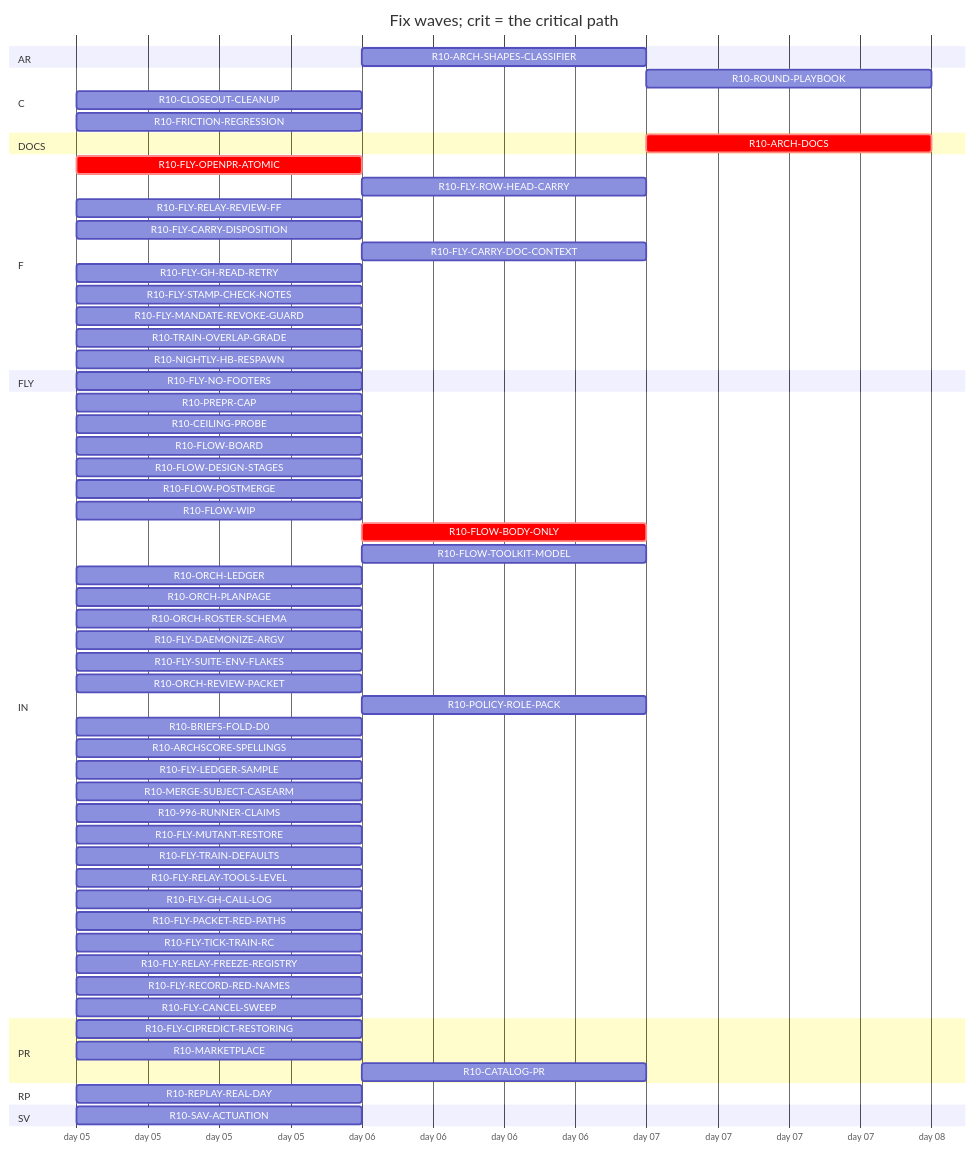
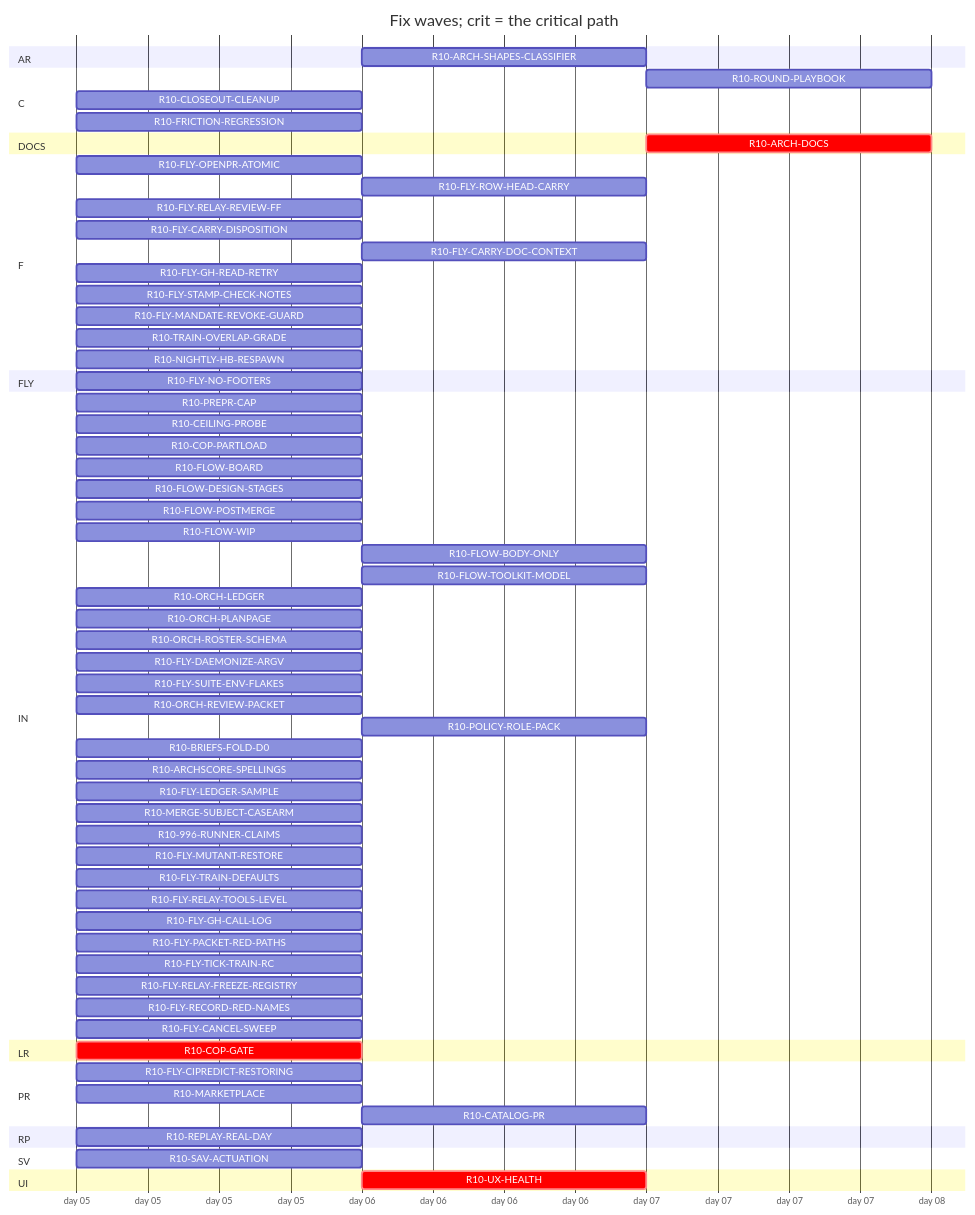
The diagram in handoff/round10/state/PLAN-TABLE.md (tvofi/heatpump_optimizer), drawn with Mermaid before and after one commit. The commit also changed other lines of this file and 3 other files, not shown here.

Commit message:
state: FLOW-BOARD.md, NEXT-SESSION-PROMPT.md, PLAN-TABLE.md, RESUME-CURRENT.md regenerated (state_docs.py)

````diff
--- a/handoff/round10/state/PLAN-TABLE.md
+++ b/handoff/round10/state/PLAN-TABLE.md
@@ -22,65 +24,70 @@
 ```mermaid
 gantt
   title Fix waves; crit = the critical path
   dateFormat YYYY-MM-DD
   axisFormat day %d
   section AR
     R10-ARCH-SHAPES-CLASSIFIER :r10ARCHSHAPESCLASSIFIER, after r10996RUNNERCLAIMS, 1d
   section C
     R10-ROUND-PLAYBOOK :r10ROUNDPLAYBOOK, after r10ORCHLEDGER r10ORCHPLANPAGE r10FLYRELAYREVIEWFF r10FLOWBODYONLY, 1d
     R10-CLOSEOUT-CLEANUP :r10CLOSEOUTCLEANUP, 2026-01-05, 1d
     R10-FRICTION-REGRESSION :r10FRICTIONREGRESSION, 2026-01-05, 1d
   section DOCS
-    R10-ARCH-DOCS :crit, r10ARCHDOCS, after r10CEILINGPROBE r10FLOWBOARD r10FLOWDESIGNSTAGES r10FLOWPOSTMERGE r10FLOWWIP r10FLOWBODYONLY r10FLYOPENPRATOMIC r10FLYROWHEADCARRY r10FLYRELAYREVIEWFF r10FLYCARRYDISPOSITION r10FLYCARRYDOCCONTEXT r10FLOWTOOLKITMODEL r10FLYSTAMPCHECKNOTES r10FLYMANDATEREVOKEGUARD r10TRAINOVERLAPGRADE r10NIGHTLYHBRESPAWN r10ORCHLEDGER r10ORCHPLANPAGE r10ORCHROSTERSCHEMA r10FLYDAEMONIZEARGV r10ORCHREVIEWPACKET r10POLICYROLEPACK r10BRIEFSFOLDD0 r10REPLAYREALDAY r10ARCHSCORESPELLINGS r10SAVACTUATION r10FLYLEDGERSAMPLE, 1d
+    R10-ARCH-DOCS :crit, r10ARCHDOCS, after r10COPGATE r10UXHEALTH r10CEILINGPROBE r10COPPARTLOAD r10FLOWBOARD r10FLOWDESIGNSTAGES r10FLOWPOSTMERGE r10FLOWWIP r10FLOWBODYONLY r10FLYOPENPRATOMIC r10FLYROWHEADCARRY r10FLYRELAYREVIEWFF r10FLYCARRYDISPOSITION r10FLYCARRYDOCCONTEXT r10FLOWTOOLKITMODEL r10FLYSTAMPCHECKNOTES r10FLYMANDATEREVOKEGUARD r10TRAINOVERLAPGRADE r10NIGHTLYHBRESPAWN r10ORCHLEDGER r10ORCHPLANPAGE r10ORCHROSTERSCHEMA r10FLYDAEMONIZEARGV r10ORCHREVIEWPACKET r10POLICYROLEPACK r10BRIEFSFOLDD0 r10REPLAYREALDAY r10ARCHSCORESPELLINGS r10SAVACTUATION r10FLYLEDGERSAMPLE, 1d
   section F
-    R10-FLY-OPENPR-ATOMIC :crit, r10FLYOPENPRATOMIC, 2026-01-05, 1d
+    R10-FLY-OPENPR-ATOMIC :r10FLYOPENPRATOMIC, 2026-01-05, 1d
     R10-FLY-ROW-HEAD-CARRY :r10FLYROWHEADCARRY, after r10FLYOPENPRATOMIC, 1d
     R10-FLY-RELAY-REVIEW-FF :r10FLYRELAYREVIEWFF, 2026-01-05, 1d
     R10-FLY-CARRY-DISPOSITION :r10FLYCARRYDISPOSITION, 2026-01-05, 1d
     R10-FLY-CARRY-DOC-CONTEXT :r10FLYCARRYDOCCONTEXT, after r10FLYGHREADRETRY, 1d
     R10-FLY-GH-READ-RETRY :r10FLYGHREADRETRY, 2026-01-05, 1d
     R10-FLY-STAMP-CHECK-NOTES :r10FLYSTAMPCHECKNOTES, 2026-01-05, 1d
     R10-FLY-MANDATE-REVOKE-GUARD :r10FLYMANDATEREVOKEGUARD, 2026-01-05, 1d
     R10-TRAIN-OVERLAP-GRADE :r10TRAINOVERLAPGRADE, 2026-01-05, 1d
     R10-NIGHTLY-HB-RESPAWN :r10NIGHTLYHBRESPAWN, 2026-01-05, 1d
   section FLY
     R10-FLY-NO-FOOTERS :r10FLYNOFOOTERS, 2026-01-05, 1d
   section IN
     R10-PREPR-CAP :r10PREPRCAP, 2026-01-05, 1d
     R10-CEILING-PROBE :r10CEILINGPROBE, 2026-01-05, 1d
+    R10-COP-PARTLOAD :r10COPPARTLOAD, 2026-01-05, 1d
     R10-FLOW-BOARD :r10FLOWBOARD, 2026-01-05, 1d
     R10-FLOW-DESIGN-STAGES :r10FLOWDESIGNSTAGES, 2026-01-05, 1d
     R10-FLOW-POSTMERGE :r10FLOWPOSTMERGE, 2026-01-05, 1d
     R10-FLOW-WIP :r10FLOWWIP, 2026-01-05, 1d
-    R10-FLOW-BODY-ONLY :crit, r10FLOWBODYONLY, after r10FLYOPENPRATOMIC, 1d
+    R10-FLOW-BODY-ONLY :r10FLOWBODYONLY, after r10FLYOPENPRATOMIC, 1d
     R10-FLOW-TOOLKIT-MODEL :r10FLOWTOOLKITMODEL, after r10ORCHPLANPAGE, 1d
     R10-ORCH-LEDGER :r10ORCHLEDGER, 2026-01-05, 1d
     R10-ORCH-PLANPAGE :r10ORCHPLANPAGE, 2026-01-05, 1d
     R10-ORCH-ROSTER-SCHEMA :r10ORCHROSTERSCHEMA, 2026-01-05, 1d
     R10-FLY-DAEMONIZE-ARGV :r10FLYDAEMONIZEARGV, 2026-01-05, 1d
     R10-FLY-SUITE-ENV-FLAKES :r10FLYSUITEENVFLAKES, 2026-01-05, 1d
     R10-ORCH-REVIEW-PACKET :r10ORCHREVIEWPACKET, 2026-01-05, 1d
     R10-POLICY-ROLE-PACK :r10POLICYROLEPACK, after r10FLOWDESIGNSTAGES, 1d
     R10-BRIEFS-FOLD-D0 :r10BRIEFSFOLDD0, 2026-01-05, 1d
     R10-ARCHSCORE-SPELLINGS :r10ARCHSCORESPELLINGS, 2026-01-05, 1d
     R10-FLY-LEDGER-SAMPLE :r10FLYLEDGERSAMPLE, 2026-01-05, 1d
     R10-MERGE-SUBJECT-CASEARM :r10MERGESUBJECTCASEARM, 2026-01-05, 1d
     R10-996-RUNNER-CLAIMS :r10996RUNNERCLAIMS, 2026-01-05, 1d
     R10-FLY-MUTANT-RESTORE :r10FLYMUTANTRESTORE, 2026-01-05, 1d
     R10-FLY-TRAIN-DEFAULTS :r10FLYTRAINDEFAULTS, 2026-01-05, 1d
     R10-FLY-RELAY-TOOLS-LEVEL :r10FLYRELAYTOOLSLEVEL, 2026-01-05, 1d
     R10-FLY-GH-CALL-LOG :r10FLYGHCALLLOG, 2026-01-05, 1d
     R10-FLY-PACKET-RED-PATHS :r10FLYPACKETREDPATHS, 2026-01-05, 1d
     R10-FLY-TICK-TRAIN-RC :r10FLYTICKTRAINRC, 2026-01-05, 1d
     R10-FLY-RELAY-FREEZE-REGISTRY :r10FLYRELAYFREEZEREGISTRY, 2026-01-05, 1d
     R10-FLY-RECORD-RED-NAMES :r10FLYRECORDREDNAMES, 2026-01-05, 1d
     R10-FLY-CANCEL-SWEEP :r10FLYCANCELSWEEP, 2026-01-05, 1d
+  section LR
+    R10-COP-GATE :crit, r10COPGATE, 2026-01-05, 1d
   section PR
     R10-FLY-CIPREDICT-RESTORING :r10FLYCIPREDICTRESTORING, 2026-01-05, 1d
     R10-MARKETPLACE :r10MARKETPLACE, 2026-01-05, 1d
     R10-CATALOG-PR :r10CATALOGPR, after r10MARKETPLACE, 1d
   section RP
     R10-REPLAY-REAL-DAY :r10REPLAYREALDAY, 2026-01-05, 1d
   section SV
     R10-SAV-ACTUATION :r10SAVACTUATION, 2026-01-05, 1d
+  section UI
+    R10-UX-HEALTH :crit, r10UXHEALTH, after r10COPGATE, 1d
 ```
````
